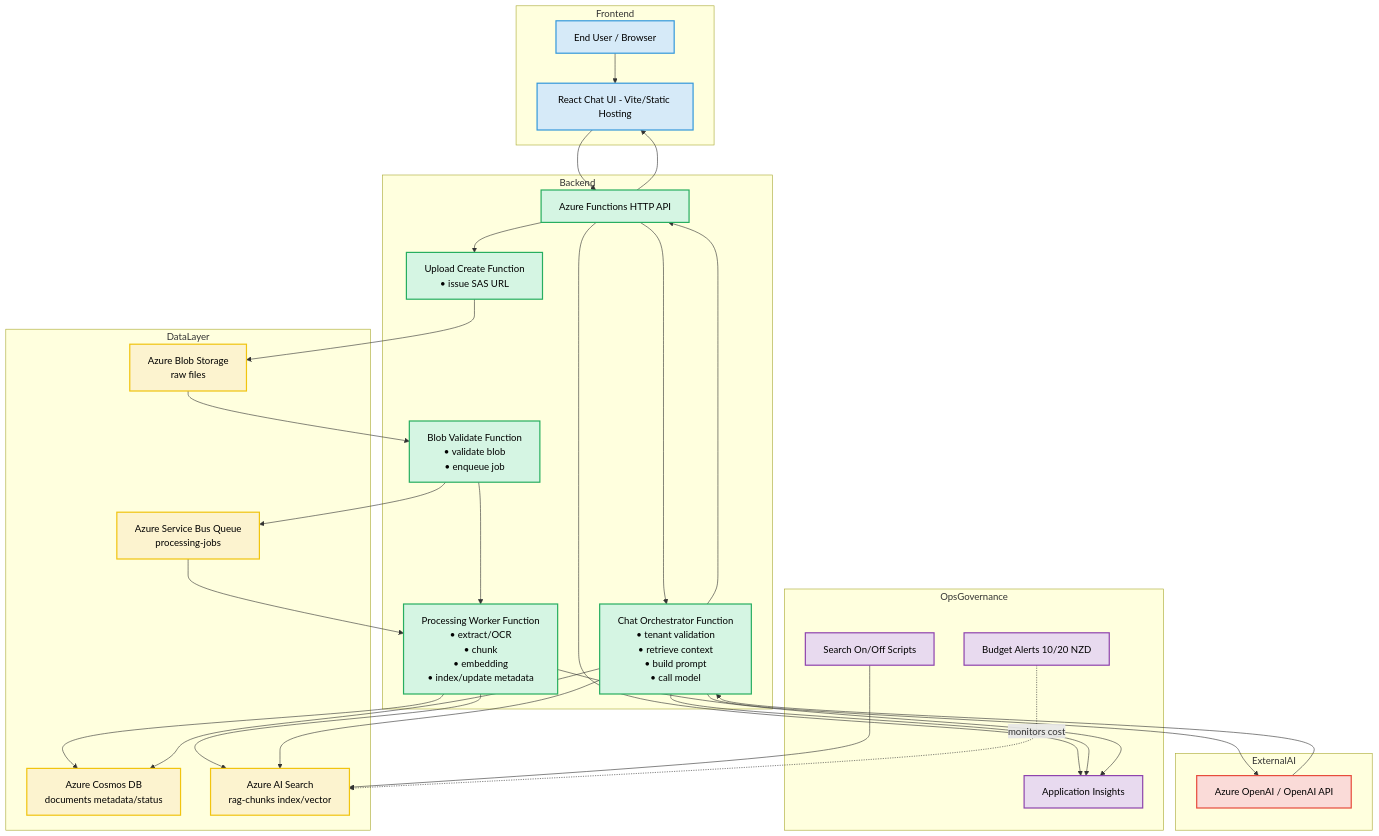
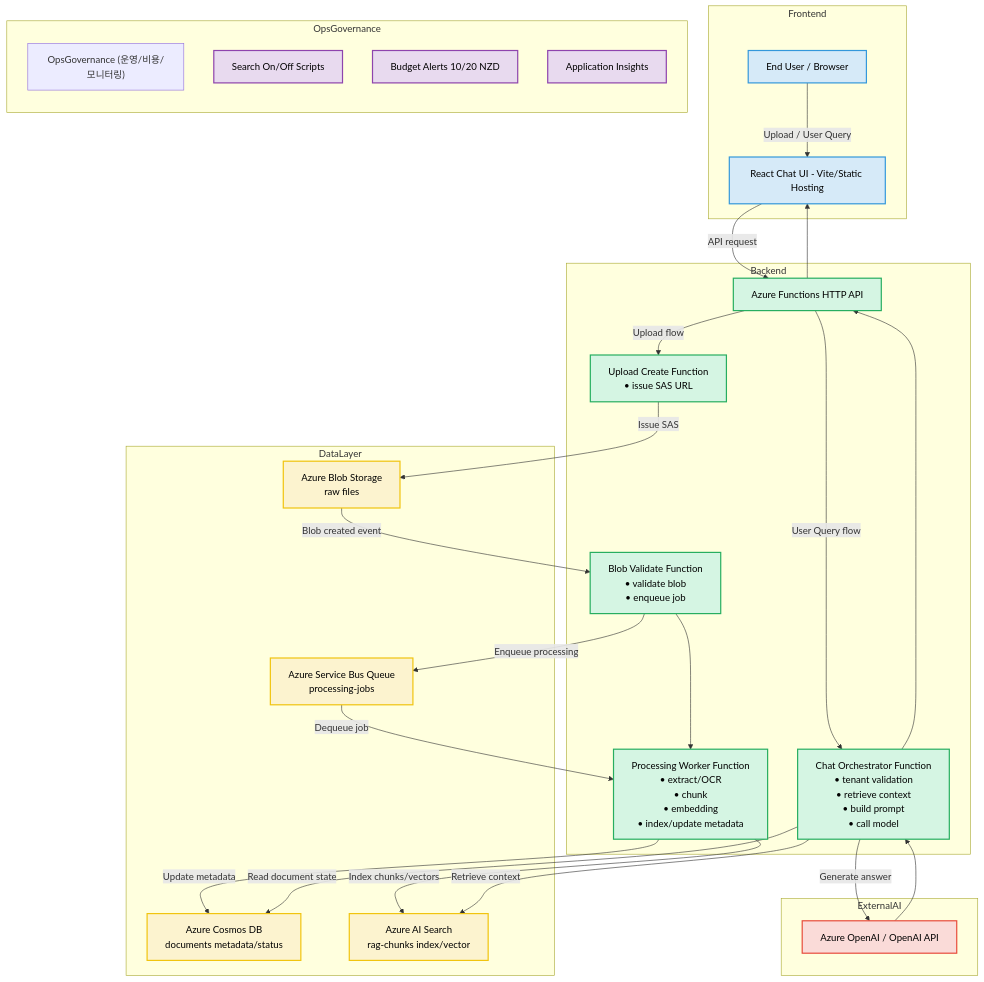
Before and after one commit to kimgyver/RAG-azure: the diagram in docs/chatbot-feature-architecture.md, drawn with Mermaid.

Commit message:
chat diagram update

````diff
--- a/docs/chatbot-feature-architecture.md
+++ b/docs/chatbot-feature-architecture.md
@@ -16,7 +16,7 @@
   subgraph Frontend
       A[End User / Browser]
       B[React Chat UI - Vite/Static Hosting]
-      A --> B
+        A -->|Upload / User Query| B
   end
   class A,B frontend;
 
@@ -38,9 +38,9 @@
 • chunk
 • embedding
 • index/update metadata]
-      B --> C
-      C --> D
-      C --> E
+      B -->|API request| C
+      C -->|User Query flow| D
+      C -->|Upload flow| E
       F --> G
   end
   class C,D,E,F,G backend;
@@ -64,32 +64,35 @@
   end
   class L external;
 
-  %% Ops / governance
-  subgraph OpsGovernance
+
+%% OpsGovernance는 실제 운영/비용/모니터링 담당 컴포넌트로, 다이어그램 하단에 별도 표기(메인 플로우와 연결선 없음)
+
+%% --------------------
+%% OpsGovernance (아래쪽에 별도 박스, 링크 없음, Mermaid 파싱 호환)
+subgraph OpsGovernance
+      direction TB
+      LabelOps["OpsGovernance (운영/비용/모니터링)"]
+      O[Search On/Off Scripts]
+      N[Budget Alerts 10/20 NZD]
       M[Application Insights]
-      N[Budget Alerts 10/20 NZD]
-      O[Search On/Off Scripts]
-  end
-  class M,N,O ops;
+end
+class M,N,O ops;
 
-  %% Main flows
-  E --> H
-  H --> F
-  F --> I
-  I --> G
-  G --> J
-  G --> K
-  D --> K
-  D --> J
-  D --> L
+  %% Main flows: Upload
+  E -->|Issue SAS| H
+  H -->|Blob created event| F
+  F -->|Enqueue processing| I
+  I -->|Dequeue job| G
+  G -->|Update metadata| J
+  G -->|Index chunks/vectors| K
+
+  %% Main flows: User query
+  D -->|Retrieve context| K
+  D -->|Read document state| J
+  D -->|Generate answer| L
   L --> D
   D --> C
   C --> B
 
-  %% Ops links
-  C --> M
-  D --> M
-  G --> M
-  O --> K
-  N -. monitors cost .-> K
+      %% (운영/비용/모니터링은 별도 관리, 메인 플로우와 연결선 없음)
 ```
````
